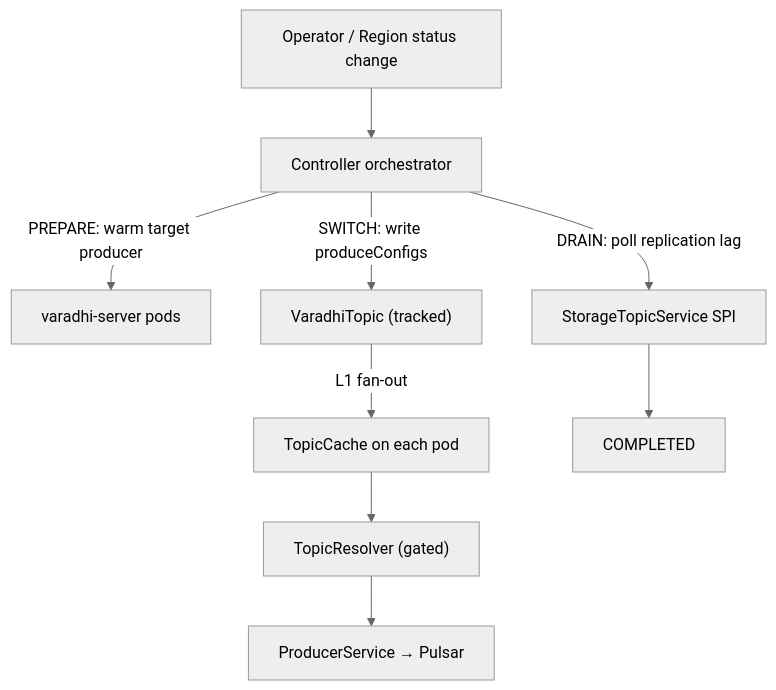
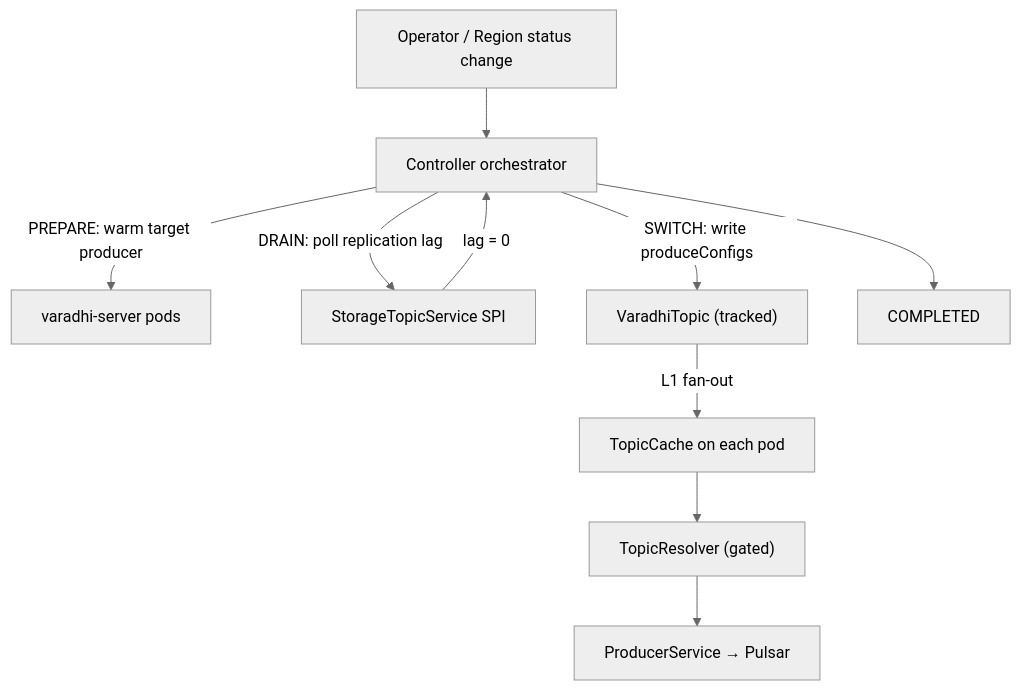
One commit to flipkart-incubator/varadhi changed the first of 4 diagrams in vips/VIP-0003.md. Above: the diagram before and after it, drawn with Mermaid (neutral theme). The commit also changed other lines of this file, not shown here.

````diff
--- a/vips/VIP-0003.md
+++ b/vips/VIP-0003.md
@@ -29,11 +30,12 @@
 ```mermaid
 flowchart TD
     Op["Operator / Region status change"] --> Ctrl["Controller orchestrator"]
     Ctrl -->|"PREPARE: warm target producer"| Pods["varadhi-server pods"]
+    Ctrl -->|"DRAIN: poll replication lag"| Lag["StorageTopicService SPI"]
+    Lag -->|"lag = 0"| Ctrl
     Ctrl -->|"SWITCH: write produceConfigs"| Topic["VaradhiTopic (tracked)"]
     Topic -->|"L1 fan-out"| Cache["TopicCache on each pod"]
     Cache --> Resolver["TopicResolver (gated)"]
     Resolver --> Produce["ProducerService → Pulsar"]
-    Ctrl -->|"DRAIN: poll replication lag"| Lag["StorageTopicService SPI"]
-    Lag --> Done["COMPLETED"]
+    Ctrl --> Done["COMPLETED"]
 ```
````
